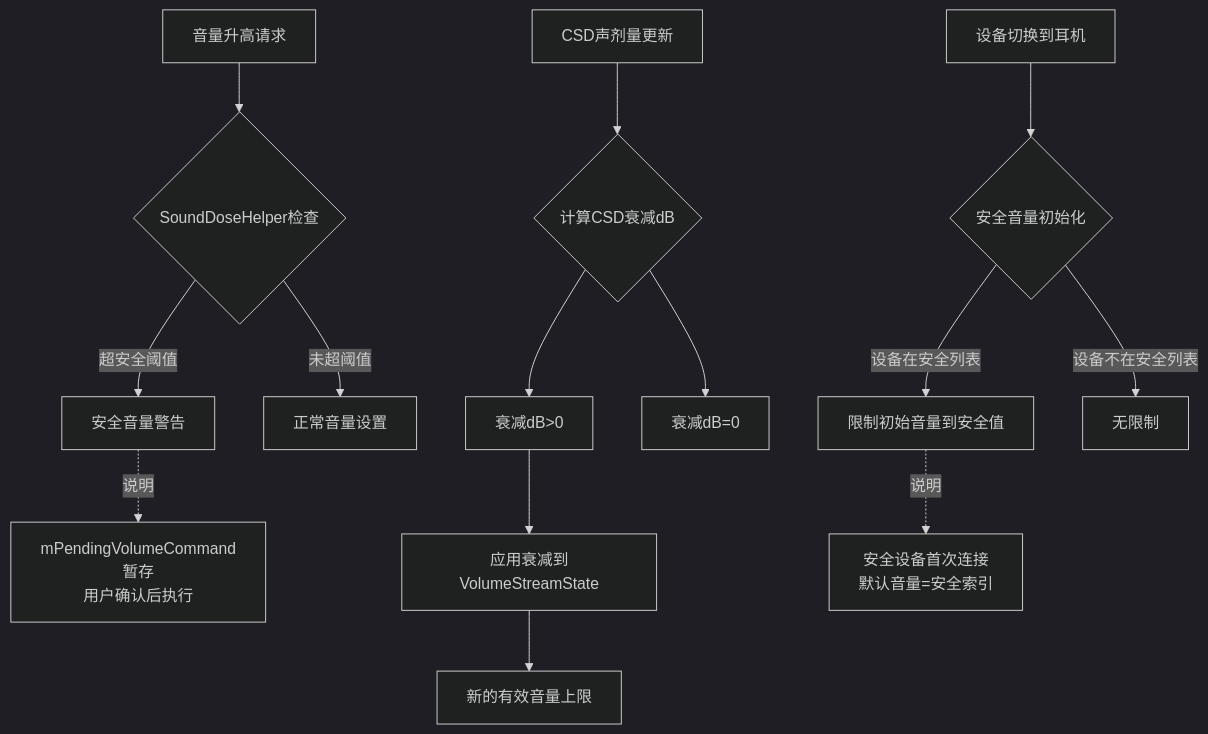
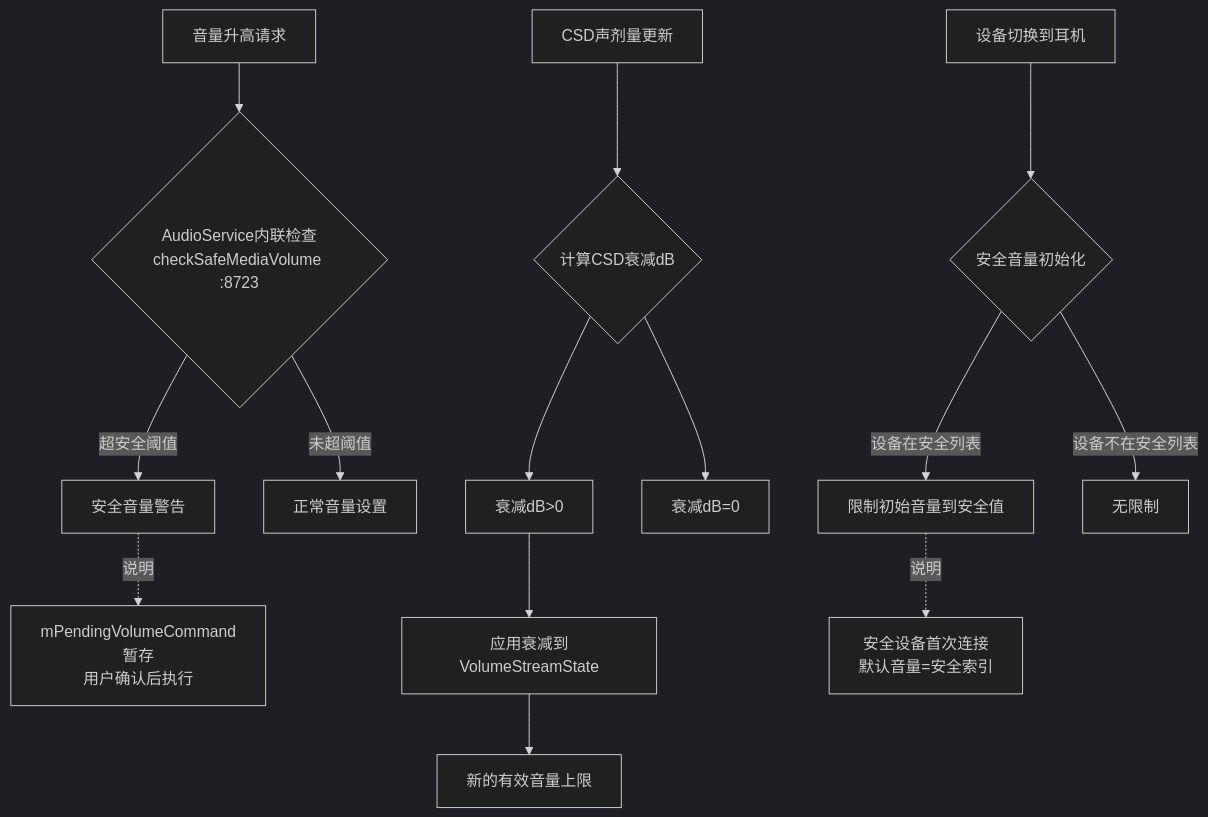
Before and after one commit to yanglinzhen1022/SA8295_AAOS_QNX_Audio_KnowledgeBase: the sixth of 10 diagrams in 13_Volume_Device_Deep_Dive/13_13.3_Focus+Device+Volume联合交互场景.md, drawn with Mermaid (dark theme). The commit also changed other lines of this file and 58 other files, not shown here.

````diff
--- a/13_Volume_Device_Deep_Dive/13_13.3_Focus+Device+Volume联合交互场景.md
+++ b/13_Volume_Device_Deep_Dive/13_13.3_Focus+Device+Volume联合交互场景.md
@@ -229,20 +220,20 @@
 ```mermaid
 flowchart TB
-    VOL_RAISE[音量升高请求] --> SDH_CHECK{SoundDoseHelper检查}
+    VOL_RAISE[音量升高请求] --> SDH_CHECK{AudioService内联检查<br>checkSafeMediaVolume :8723}
     SDH_CHECK -->|超安全阈值| SAFE_WARN[安全音量警告]
     SDH_CHECK -->|未超阈值| NORMAL_SET[正常音量设置]
     
     DEV_SWITCH[设备切换到耳机] --> SDH_INIT{安全音量初始化}
     SDH_INIT -->|设备在安全列表| LIMIT_VOL[限制初始音量到安全值]
     SDH_INIT -->|设备不在安全列表| NO_LIMIT[无限制]
     
     CSD_UPDATE[CSD声剂量更新] --> ATT_CALC{计算CSD衰减dB}
     ATT_CALC --> ATT_POSITIVE[衰减dB>0]
     ATT_CALC --> ATT_ZERO[衰减dB=0]
     
     ATT_POSITIVE --> APPLY_ATT[应用衰减到VolumeStreamState]
     APPLY_ATT --> NEW_MAX[新的有效音量上限]
     
     SAFE_WARN -.->|说明| SAFE_WARN_NOTE["mPendingVolumeCommand暂存<br>用户确认后执行"]
     LIMIT_VOL -.->|说明| LIMIT_VOL_NOTE["安全设备首次连接<br>默认音量=安全索引"]
 ```
````
